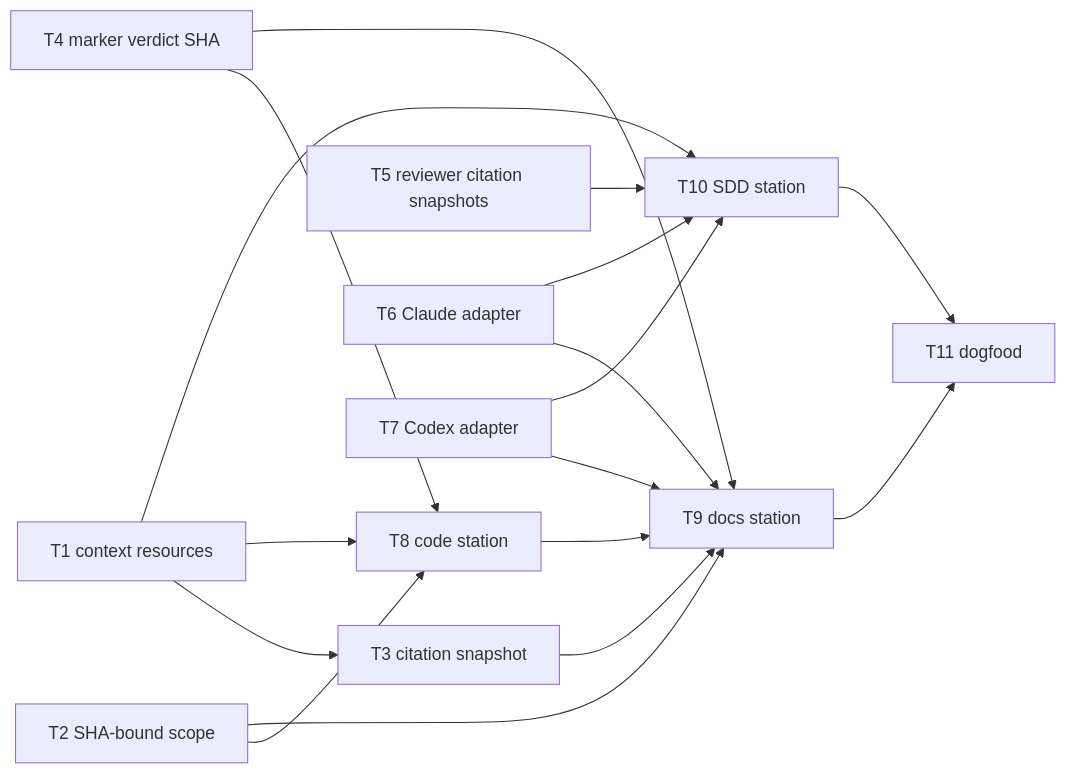
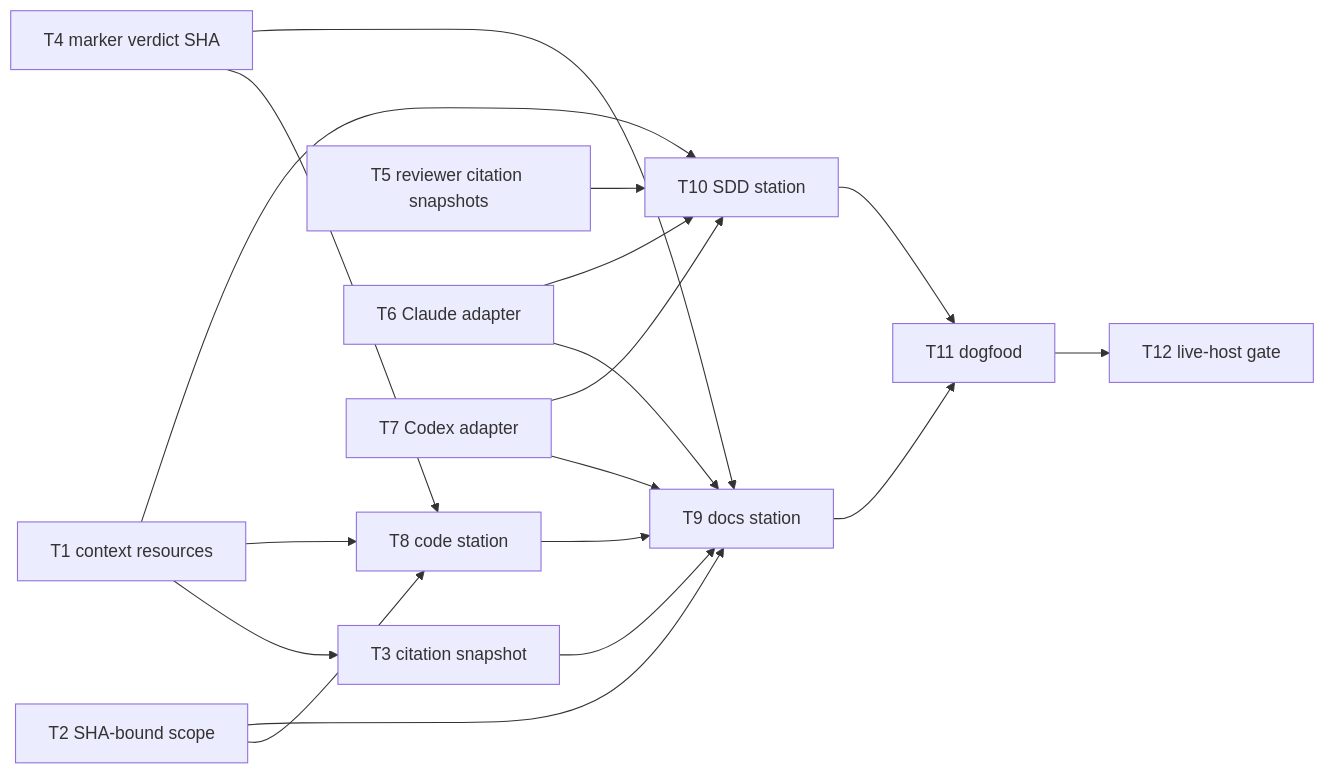
The diagram in docs/loom/plans/2026-08-24-cross-host-review-gate-hardening-part-4.md (kouko/monkey-skills), drawn with Mermaid before and after one commit. The commit also changed other lines of this file and 1 other file, not shown here.

First line of the commit message:
docs(loom): require live-host verification before release

````diff
--- a/docs/loom/plans/2026-08-24-cross-host-review-gate-hardening-part-4.md
+++ b/docs/loom/plans/2026-08-24-cross-host-review-gate-hardening-part-4.md
@@ -18,19 +19,20 @@
 ```mermaid
 flowchart LR
     T1["T1 context resources"] --> T3["T3 citation snapshot"]
     T1 --> T8["T8 code station"]
     T1 --> T10["T10 SDD station"]
     T2["T2 SHA-bound scope"] --> T8
     T2 --> T9["T9 docs station"]
     T3 --> T9
     T4["T4 marker verdict SHA"] --> T8
     T4 --> T9
     T5["T5 reviewer citation snapshots"] --> T10
     T6["T6 Claude adapter"] --> T9
     T7["T7 Codex adapter"] --> T9
     T6 --> T10
     T7 --> T10
     T8 --> T9
     T9 --> T11["T11 dogfood"]
     T10 --> T11
+    T11 --> T12["T12 live-host gate"]
 ```
````
